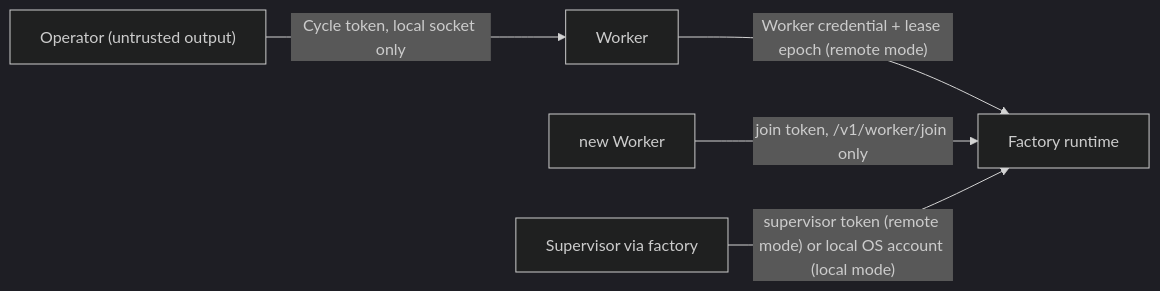
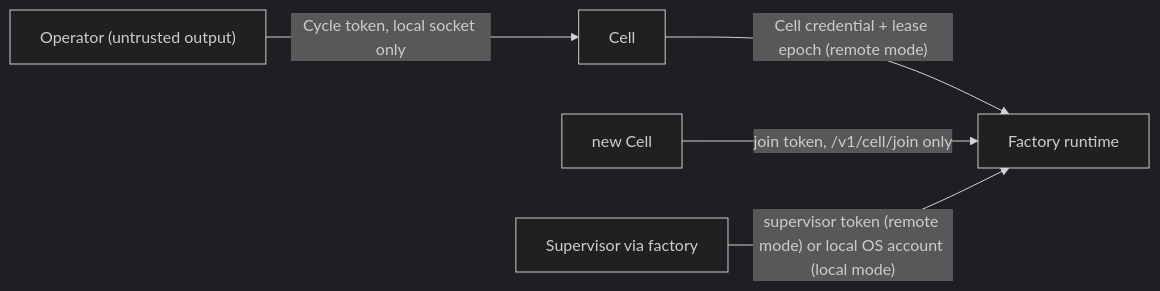
The second of 8 diagrams in docs/PLAN.md (xyashino/software-factory), drawn with Mermaid (dark theme) before and after one commit. The commit also changed other lines of this file and 10 other files, not shown here.

First line of the commit message:
docs(factory): define Mechanic triage and Cell terminology

````diff
--- a/docs/PLAN.md
+++ b/docs/PLAN.md
@@ -125,7 +125,7 @@
 ```mermaid
 flowchart LR
-  A["Operator (untrusted output)"] -- "Cycle token, local socket only" --> C["Worker"]
-  C -- "Worker credential + lease epoch (remote mode)" --> S["Factory runtime"]
-  J["new Worker"] -- "join token, /v1/worker/join only" --> S
+  A["Operator (untrusted output)"] -- "Cycle token, local socket only" --> C["Cell"]
+  C -- "Cell credential + lease epoch (remote mode)" --> S["Factory runtime"]
+  J["new Cell"] -- "join token, /v1/cell/join only" --> S
   U["Supervisor via factory"] -- "supervisor token (remote mode) or local OS account (local mode)" --> S
 ```
````
